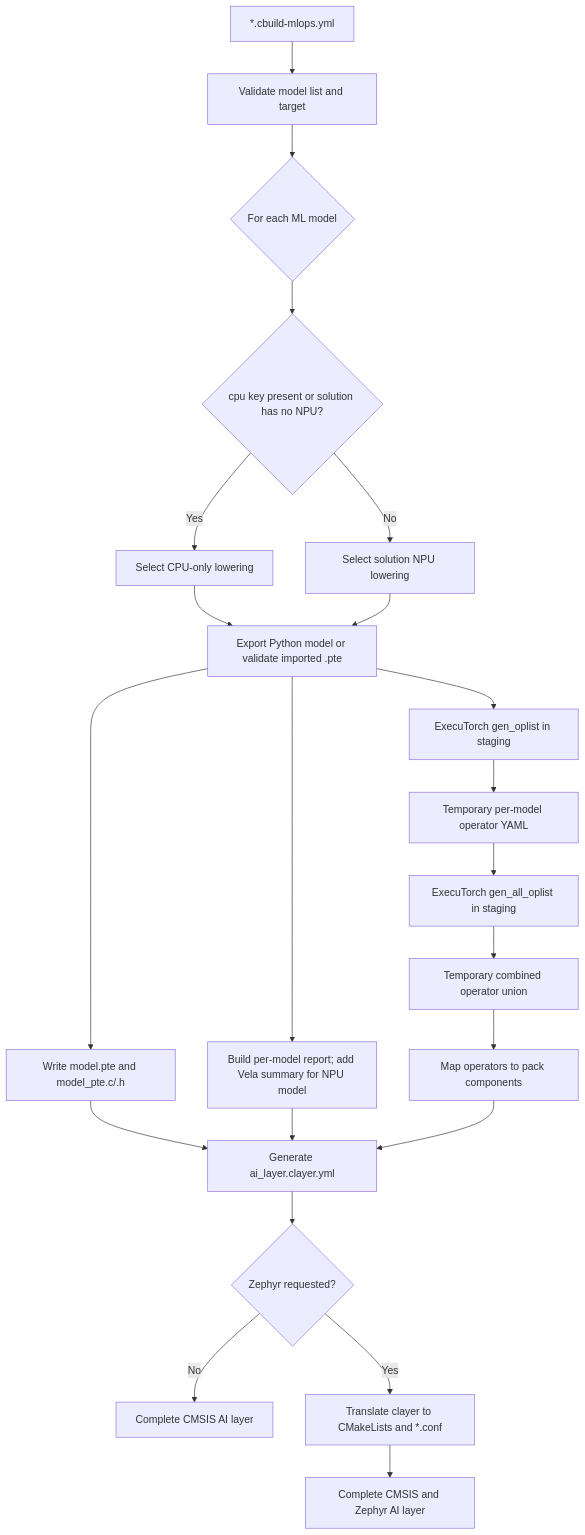
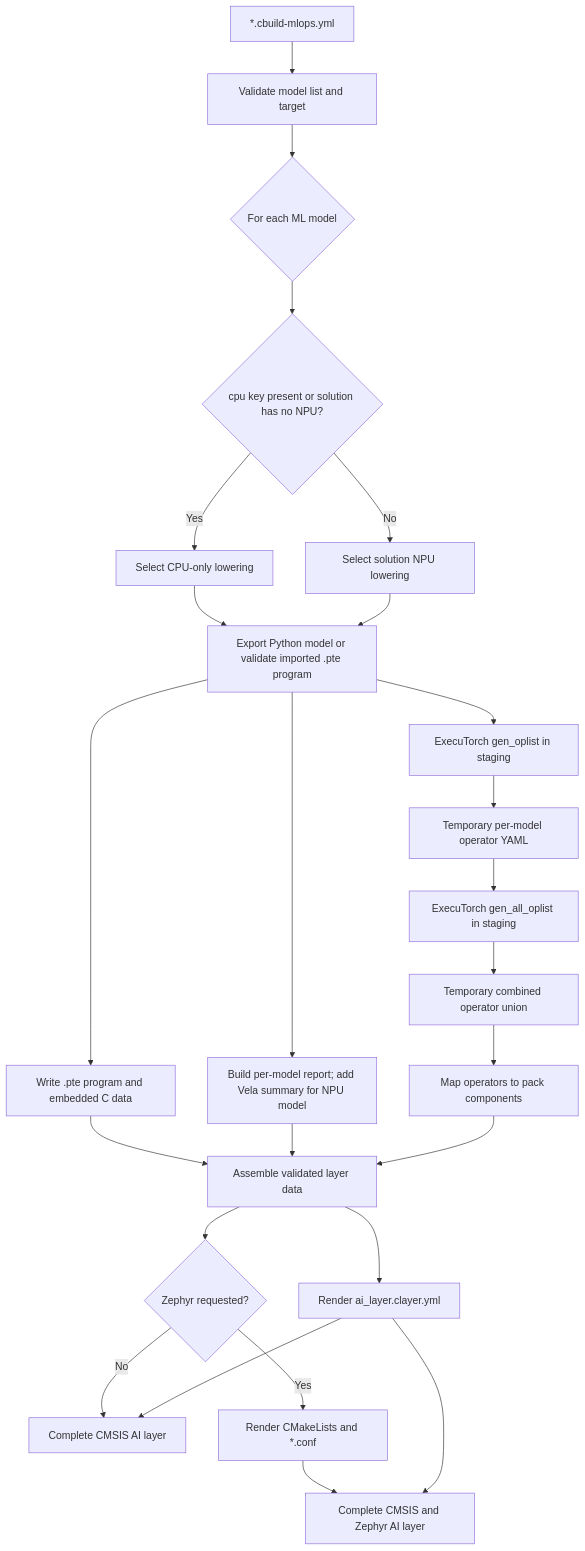
One commit to ReinhardKeil/cmsis-et-template changed the first of 3 diagrams in TODO.md. Above: the diagram before and after it, drawn with Mermaid. The commit also changed other lines of this file and 17 other files, not shown here.

````diff
--- a/TODO.md
+++ b/TODO.md
@@ -326,24 +330,27 @@
 ```mermaid
 flowchart TD
     A[*.cbuild-mlops.yml] --> B[Validate model list and target]
     B --> C{For each ML model}
     C --> T{cpu key present or solution has no NPU?}
     T -- Yes --> T1[Select CPU-only lowering]
     T -- No --> T2[Select solution NPU lowering]
-    T1 --> D[Export Python model or validate imported .pte]
+    T1 --> D[Export Python model or validate imported .pte program]
     T2 --> D
-    D --> E[Write model.pte and model_pte.c/.h]
+    D --> E[Write .pte program and embedded C data]
     D --> F[ExecuTorch gen_oplist in staging]
     F --> G[Temporary per-model operator YAML]
     D --> H[Build per-model report; add Vela summary for NPU model]
     G --> I[ExecuTorch gen_all_oplist in staging]
     I --> J[Temporary combined operator union]
     J --> K[Map operators to pack components]
-    E --> L[Generate ai_layer.clayer.yml]
+    E --> L[Assemble validated layer data]
     H --> L
     K --> L
+    L --> Q[Render ai_layer.clayer.yml]
     L --> M{Zephyr requested?}
     M -- No --> N[Complete CMSIS AI layer]
-    M -- Yes --> O[Translate clayer to CMakeLists and *.conf]
+    M -- Yes --> O[Render CMakeLists and *.conf]
     O --> P[Complete CMSIS and Zephyr AI layer]
+    Q --> N
+    Q --> P
 ```
````
